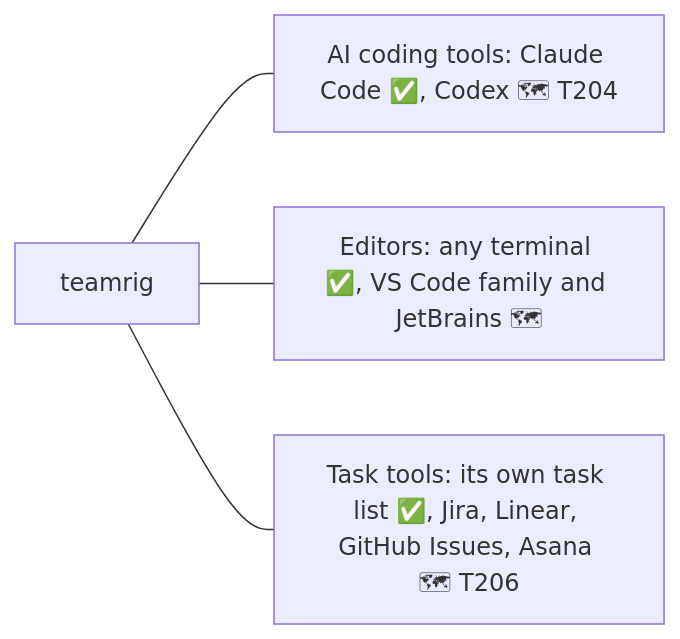
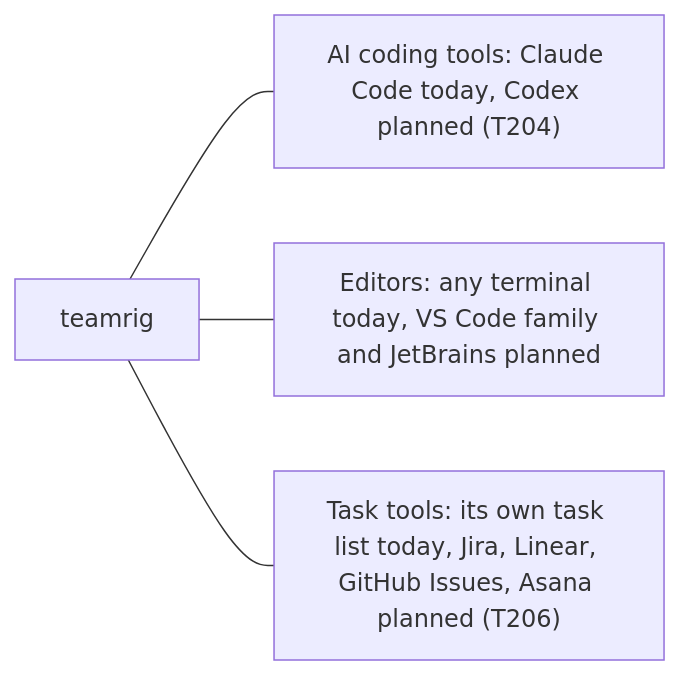
The ninth of 9 diagrams in docs/how-it-works.md (GeneralA6/teamrig), drawn with Mermaid before and after one commit. The commit also changed other lines of this file and 1 other file, not shown here.

First line of the commit message:
docs: status in words, sub-team leads work today, priority p<n>

````diff
--- a/docs/how-it-works.md
+++ b/docs/how-it-works.md
@@ -255,10 +255,10 @@
 ```mermaid
 flowchart LR
   core["teamrig"]
-  ai["AI coding tools: Claude Code ✅, Codex 🗺 T204"]
-  editor["Editors: any terminal ✅, VS Code family and JetBrains 🗺"]
-  pm["Task tools: its own task list ✅, Jira, Linear, GitHub Issues, Asana 🗺 T206"]
+  ai["AI coding tools: Claude Code today, Codex planned (T204)"]
+  editor["Editors: any terminal today, VS Code family and JetBrains planned"]
+  pm["Task tools: its own task list today, Jira, Linear, GitHub Issues, Asana planned (T206)"]
   core --- ai
   core --- editor
   core --- pm
 ```
````
